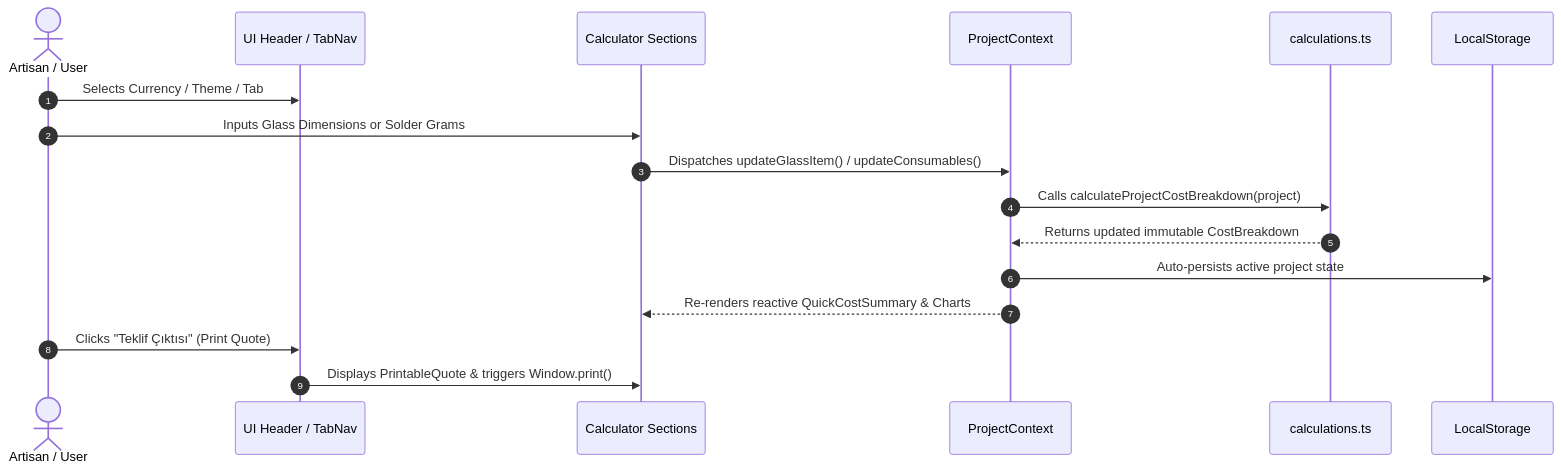
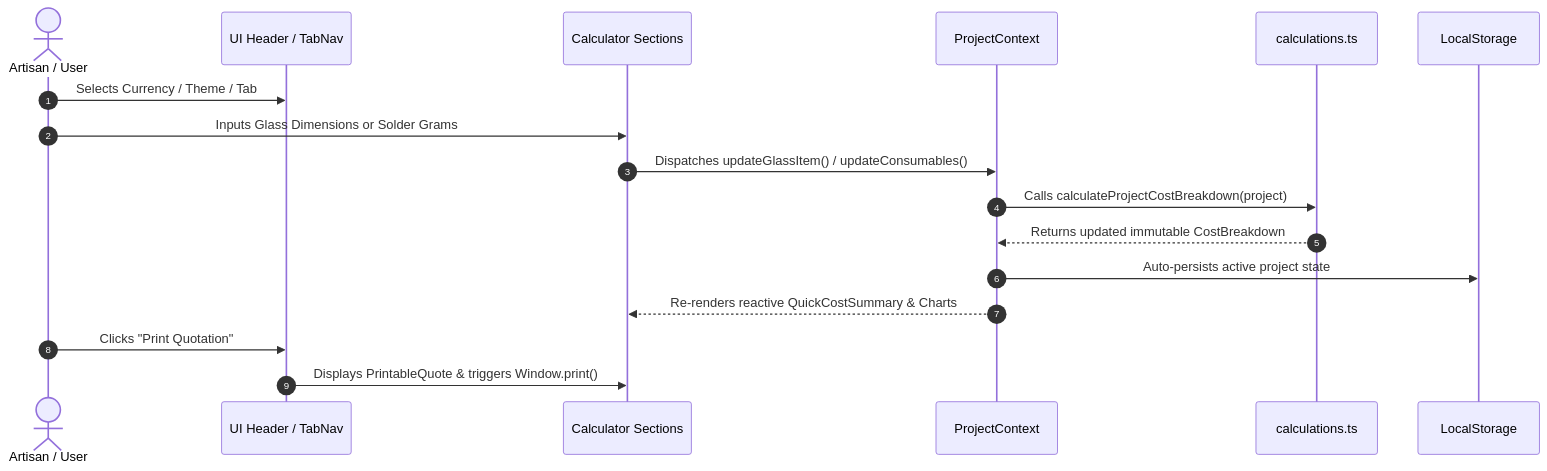
Before and after one commit to AtaCanYmc/vitralis: the third of 3 diagrams in README.md, drawn with Mermaid. The commit also changed other lines of this file and 4 other files, not shown here.

````diff
--- a/README.md
+++ b/README.md
@@ -166,19 +166,19 @@
 ```mermaid
 sequenceDiagram
     autonumber
     actor Artisan as Artisan / User
     participant Header as UI Header / TabNav
     participant Comp as Calculator Sections
     participant PCtx as ProjectContext
     participant Engine as calculations.ts
     participant LS as LocalStorage
     Artisan ->> Header: Selects Currency / Theme / Tab
     Artisan ->> Comp: Inputs Glass Dimensions or Solder Grams
     Comp ->> PCtx: Dispatches updateGlassItem() / updateConsumables()
     PCtx ->> Engine: Calls calculateProjectCostBreakdown(project)
     Engine -->> PCtx: Returns updated immutable CostBreakdown
     PCtx ->> LS: Auto-persists active project state
     PCtx -->> Comp: Re-renders reactive QuickCostSummary & Charts
-    Artisan ->> Header: Clicks "Teklif Çıktısı" (Print Quote)
+    Artisan ->> Header: Clicks "Print Quotation"
     Header ->> Comp: Displays PrintableQuote & triggers Window.print()
 ```
````
